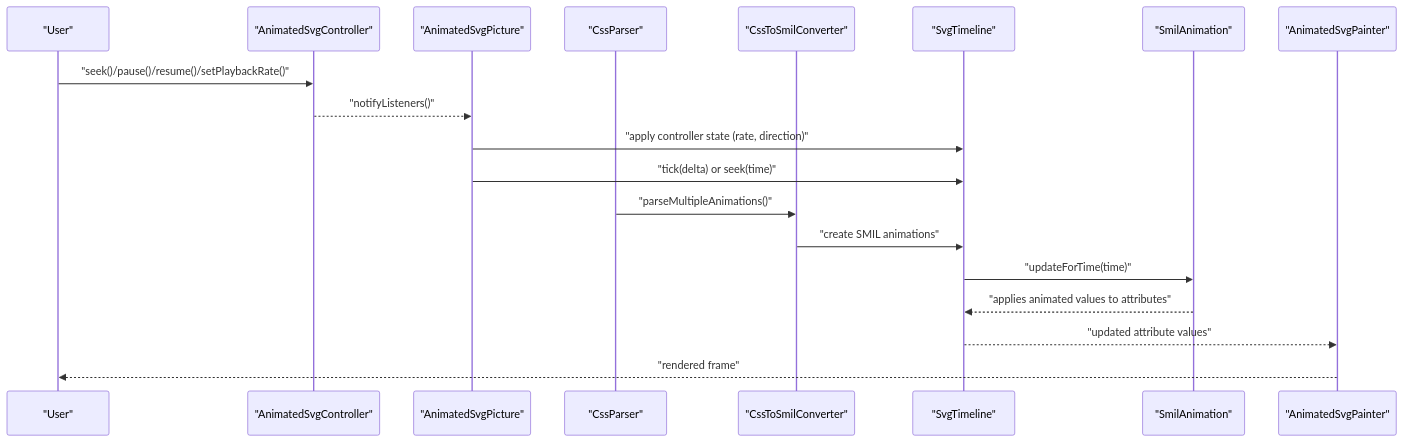
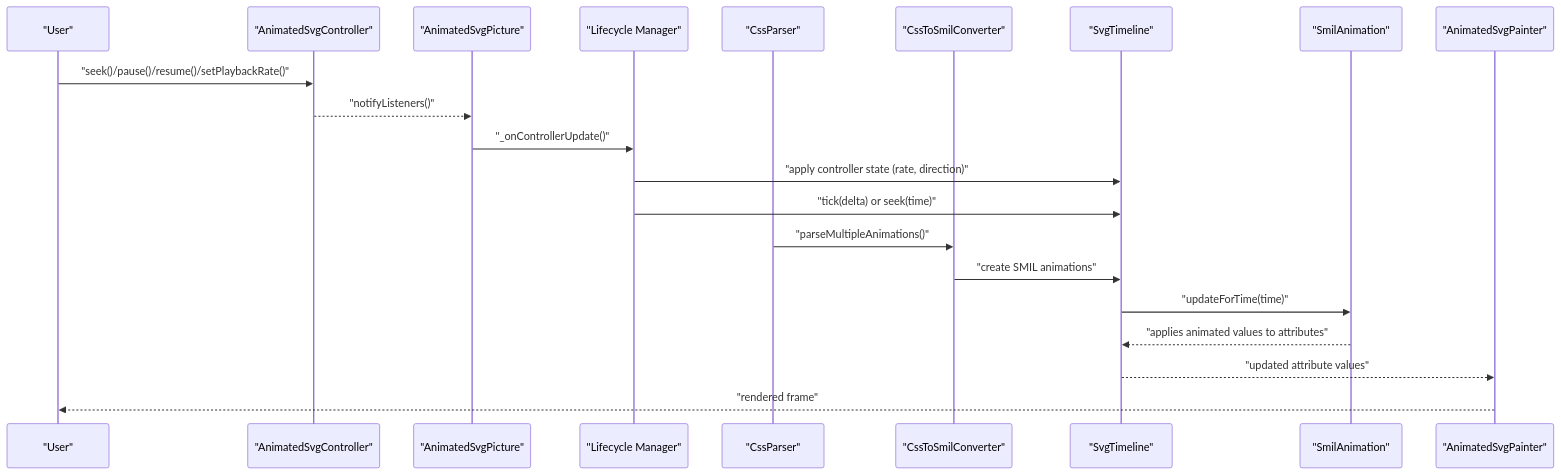
Before and after one commit to denisnadey/flutter_full_svg_support: the second of 3 diagrams in .qoder/repowiki/en/content/Animated SVG Support/Animation Control and Playback.md, drawn with Mermaid. The commit also changed other lines of this file and 2 other files, not shown here.

First line of the commit message:
feat(animation): enhance event-driven animation detection and controller lifecycle

````diff
--- a/.qoder/repowiki/en/content/Animated SVG Support/Animation Control and Playback.md
+++ b/.qoder/repowiki/en/content/Animated SVG Support/Animation Control and Playback.md
@@ -127,21 +145,23 @@
 ```mermaid
 sequenceDiagram
 participant User as "User"
 participant Controller as "AnimatedSvgController"
 participant Picture as "AnimatedSvgPicture"
+participant Lifecycle as "Lifecycle Manager"
 participant CssParser as "CssParser"
 participant Converter as "CssToSmilConverter"
 participant Timeline as "SvgTimeline"
 participant Animation as "SmilAnimation"
 participant Painter as "AnimatedSvgPainter"
 User->>Controller : "seek()/pause()/resume()/setPlaybackRate()"
 Controller-->>Picture : "notifyListeners()"
-Picture->>Timeline : "apply controller state (rate, direction)"
-Picture->>Timeline : "tick(delta) or seek(time)"
+Picture->>Lifecycle : "_onControllerUpdate()"
+Lifecycle->>Timeline : "apply controller state (rate, direction)"
+Lifecycle->>Timeline : "tick(delta) or seek(time)"
 CssParser->>Converter : "parseMultipleAnimations()"
 Converter->>Timeline : "create SMIL animations"
 Timeline->>Animation : "updateForTime(time)"
 Animation-->>Timeline : "applies animated values to attributes"
 Timeline-->>Painter : "updated attribute values"
 Painter-->>User : "rendered frame"
 ```
````
